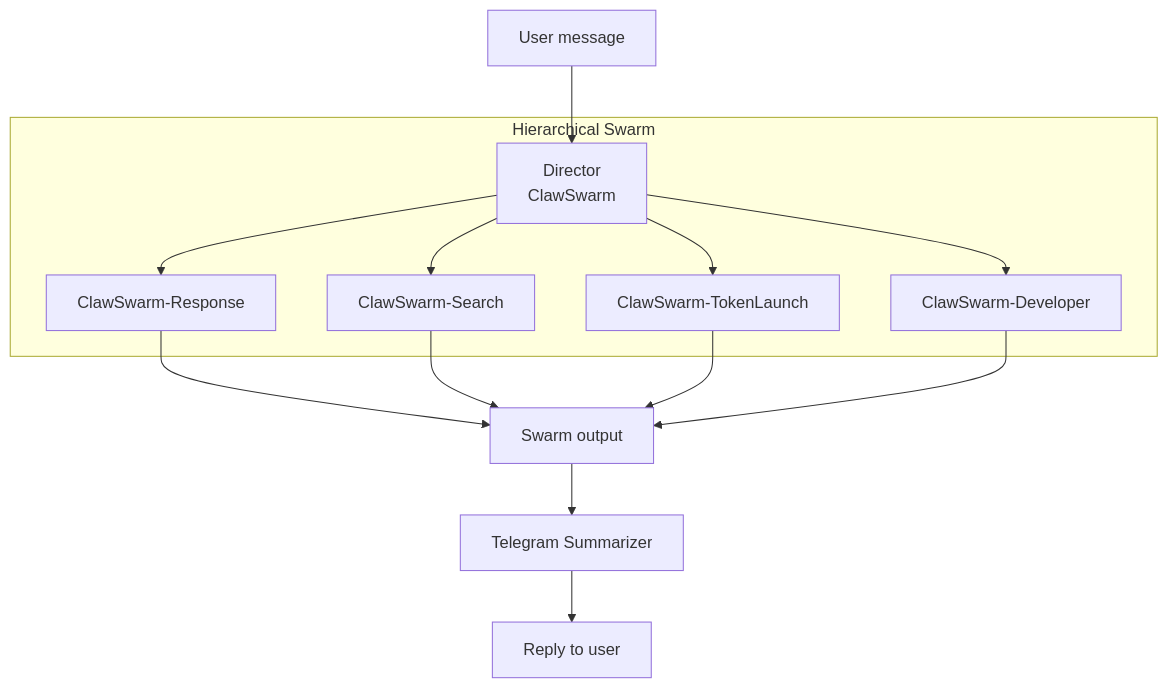
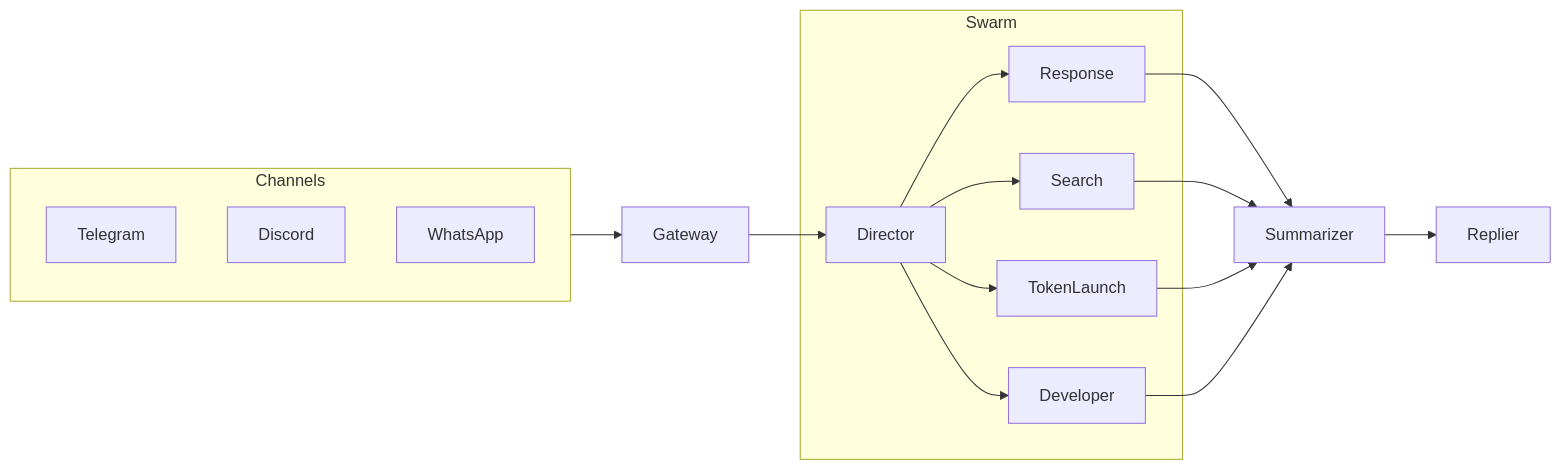
The diagram in README.md (The-Swarm-Corporation/ClawSwarm), drawn with Mermaid before and after one commit. The commit also changed other lines of this file, not shown here.

````diff
--- a/README.md
+++ b/README.md
@@ -90,18 +63,24 @@
 ```mermaid
-flowchart TB
-    subgraph swarm["Hierarchical Swarm"]
-        DIR[Director\nClawSwarm]
-        DIR --> W0[ClawSwarm-Response]
-        DIR --> W1[ClawSwarm-Search]
-        DIR --> W2[ClawSwarm-TokenLaunch]
-        DIR --> W3[ClawSwarm-Developer]
+flowchart LR
+    subgraph ch["Channels"]
+        TG[Telegram]
+        DC[Discord]
+        WA[WhatsApp]
     end
-
-    USER[User message] --> DIR
-    W0 --> OUT[Swarm output]
-    W1 --> OUT
-    W2 --> OUT
-    W3 --> OUT
-    OUT --> SUM[Telegram Summarizer]
-    SUM --> REPLY[Reply to user]
+    GW[Gateway]
+    subgraph swarm["Swarm"]
+        DIR[Director]
+        DIR --> R[Response]
+        DIR --> S[Search]
+        DIR --> T[TokenLaunch]
+        DIR --> D[Developer]
+    end
+    SUM[Summarizer]
+    RPL[Replier]
+    ch --> GW --> DIR
+    R --> SUM
+    S --> SUM
+    T --> SUM
+    D --> SUM
+    SUM --> RPL
 ```
````
